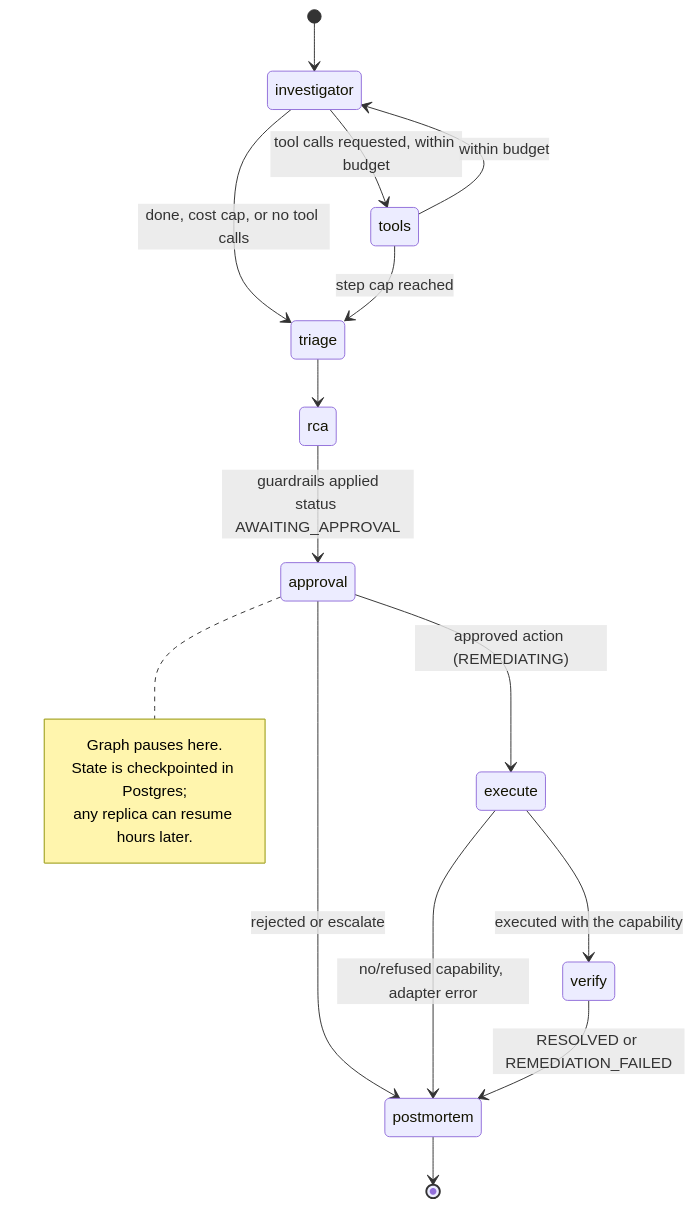
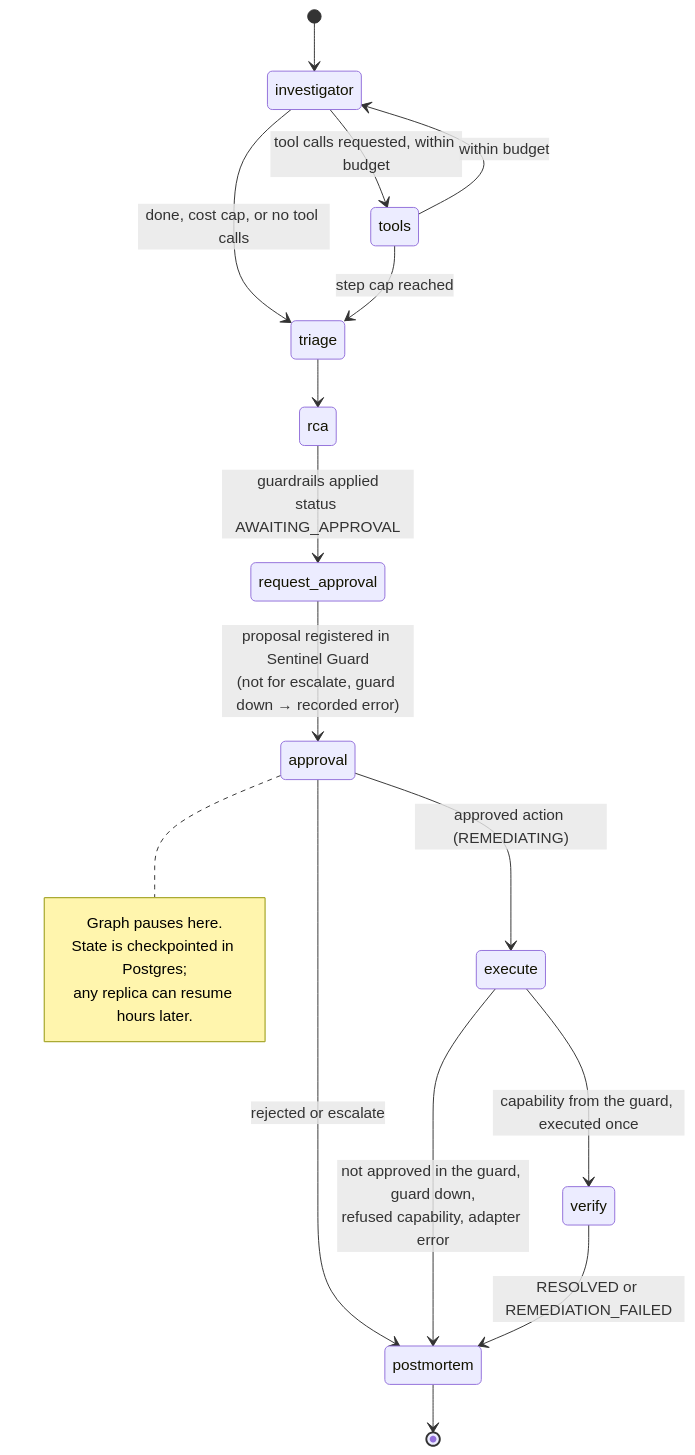
The diagram in docs/handbook/diagrams/04-state-machine.mmd (abdulmdev/sentinel-incident-copilot), drawn with Mermaid before and after one commit. The commit also changed 173 other files, not shown here.

First line of the commit message:
The copilot on Sentinel Guard: one approval and capability path

```diff
--- a/docs/handbook/diagrams/04-state-machine.mmd
+++ b/docs/handbook/diagrams/04-state-machine.mmd
@@ -1,19 +1,20 @@
 stateDiagram-v2
   [*] --> investigator
   investigator --> tools: tool calls requested, within budget
   investigator --> triage: done, cost cap, or no tool calls
   tools --> investigator: within budget
   tools --> triage: step cap reached
   triage --> rca
-  rca --> approval: guardrails applied<br/>status AWAITING_APPROVAL
+  rca --> request_approval: guardrails applied<br/>status AWAITING_APPROVAL
+  request_approval --> approval: proposal registered in Sentinel Guard<br/>(not for escalate, guard down → recorded error)
   approval --> execute: approved action (REMEDIATING)
   approval --> postmortem: rejected or escalate
-  execute --> verify: executed with the capability
-  execute --> postmortem: no/refused capability, adapter error
+  execute --> verify: capability from the guard, executed once
+  execute --> postmortem: not approved in the guard, guard down,<br/>refused capability, adapter error
   verify --> postmortem: RESOLVED or REMEDIATION_FAILED
   postmortem --> [*]
   note right of approval
     Graph pauses here.
     State is checkpointed in Postgres;
     any replica can resume hours later.
   end note
```
